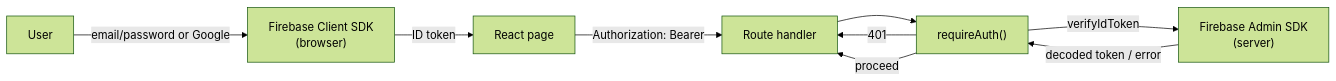
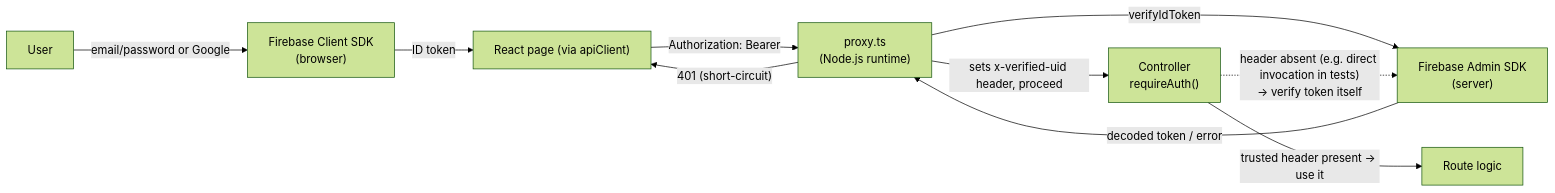
Before and after one commit to Sarthak-Shreshtha01/Vitto-Assignment: the sixth of 7 diagrams in docs/Architecture.md, drawn with Mermaid (forest theme). The commit also changed other lines of this file and 11 other files, not shown here.

Commit message:
Added middlewares proxy and controller layer for proper structuring of code. Also added ApiClient and stitch.md for UI.

````diff
--- a/docs/Architecture.md
+++ b/docs/Architecture.md
@@ -275,11 +301,12 @@
 ```mermaid
 flowchart LR
     U["User"] -->|"email/password or Google"| FBClient["Firebase Client SDK\n(browser)"]
-    FBClient -->|"ID token"| UI["React page"]
-    UI -->|"Authorization: Bearer <token>"| Route["Route handler"]
-    Route --> Guard["requireAuth()"]
-    Guard -->|"verifyIdToken"| FBAdmin["Firebase Admin SDK\n(server)"]
-    FBAdmin -->|"decoded token / error"| Guard
-    Guard -->|"401"| Route
-    Guard -->|"proceed"| Route
+    FBClient -->|"ID token"| UI["React page (via apiClient)"]
+    UI -->|"Authorization: Bearer <token>"| Proxy["proxy.ts\n(Node.js runtime)"]
+    Proxy -->|"verifyIdToken"| FBAdmin["Firebase Admin SDK\n(server)"]
+    FBAdmin -->|"decoded token / error"| Proxy
+    Proxy -->|"401 (short-circuit)"| UI
+    Proxy -->|"sets x-verified-uid header, proceed"| Controller["Controller\nrequireAuth()"]
+    Controller -->|"trusted header present -> use it"| Handler["Route logic"]
+    Controller -.->|"header absent (e.g. direct invocation in tests)\n-> verify token itself"| FBAdmin
 ```
````
